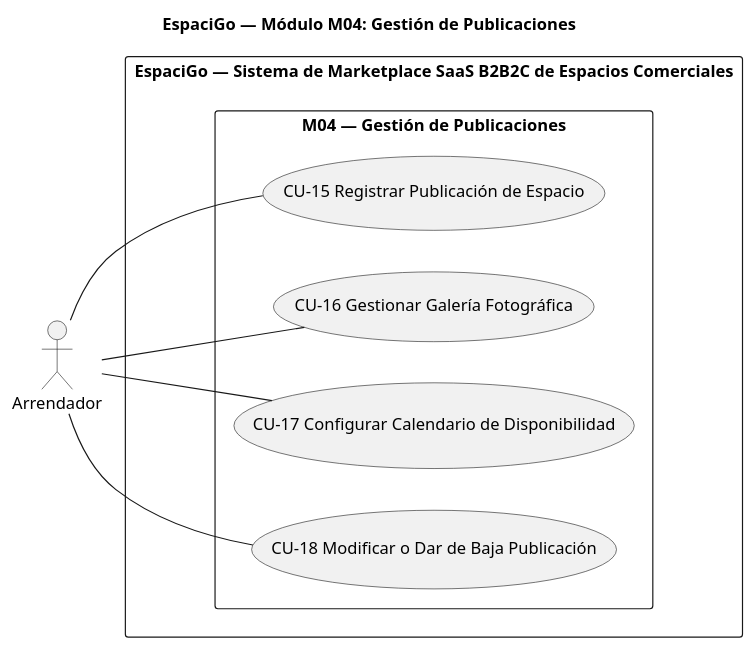
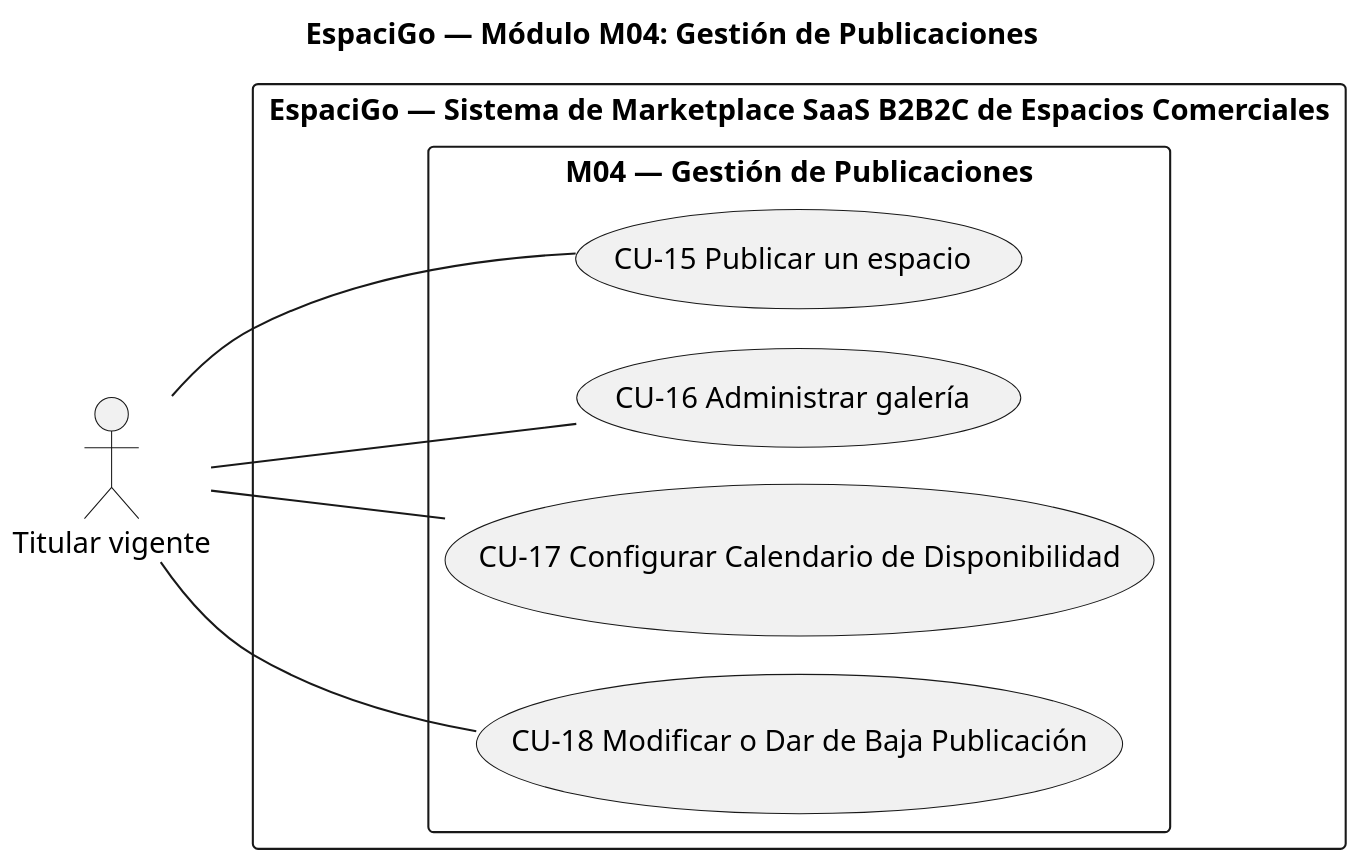
One commit to HernanEspinozaDev/proyectotitulo changed the diagram in tesis_final/assets/diagramas_src/anexo_c/cu_m04_publicaciones.puml. Above: the diagram before and after it, drawn with PlantUML. The commit also changed 75 other files, not shown here.

```diff
--- a/tesis_final/assets/diagramas_src/anexo_c/cu_m04_publicaciones.puml
+++ b/tesis_final/assets/diagramas_src/anexo_c/cu_m04_publicaciones.puml
@@ -1,21 +1,23 @@
 @startuml
+!pragma layout smetana
+skinparam dpi 170
 title EspaciGo — Módulo M04: Gestión de Publicaciones
 left to right direction
 skinparam packageStyle rectangle
 
-actor "Arrendador" as ARR
+actor "Titular vigente" as ARR
 
 rectangle "EspaciGo — Sistema de Marketplace SaaS B2B2C de Espacios Comerciales" {
   package "M04 — Gestión de Publicaciones" {
-    usecase "CU-15 Registrar Publicación de Espacio" as CU15
-    usecase "CU-16 Gestionar Galería Fotográfica" as CU16
+    usecase "CU-15 Publicar un espacio" as CU15
+    usecase "CU-16 Administrar galería" as CU16
     usecase "CU-17 Configurar Calendario de Disponibilidad" as CU17
     usecase "CU-18 Modificar o Dar de Baja Publicación" as CU18
   }
 }
 
 ARR -- CU15
 ARR -- CU16
 ARR -- CU17
 ARR -- CU18
 @enduml
```
